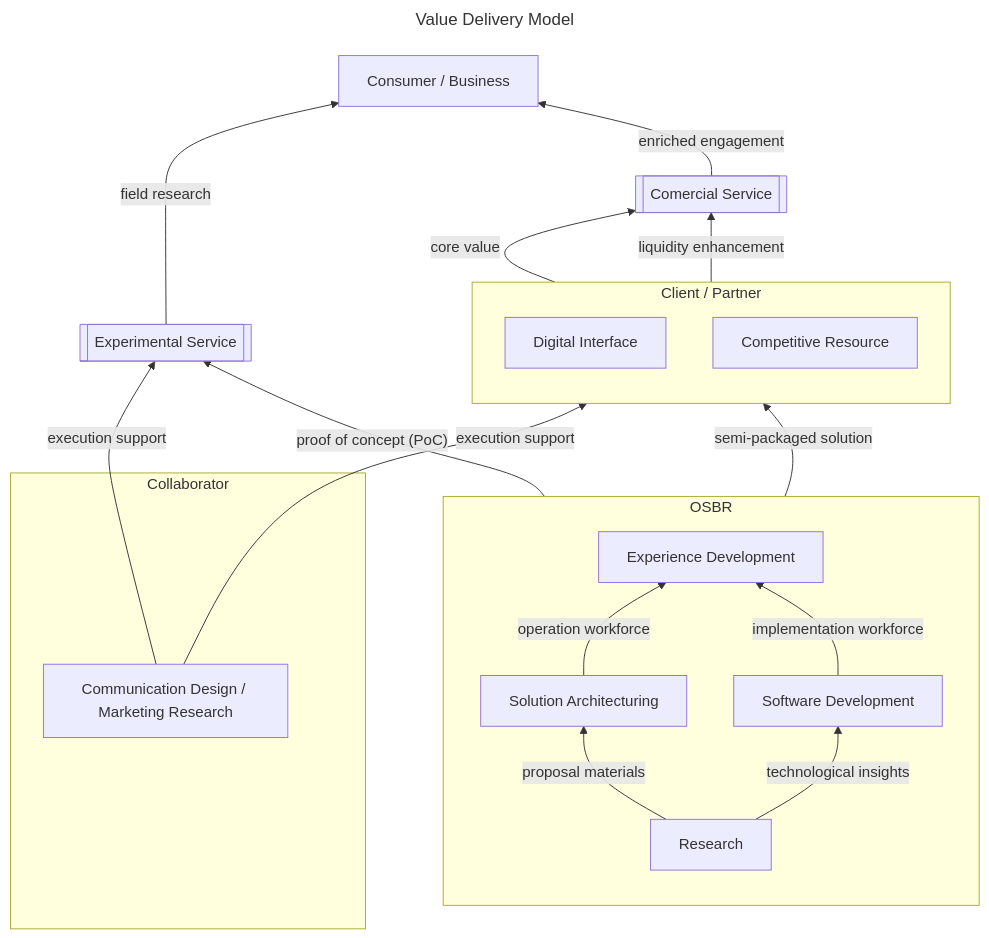
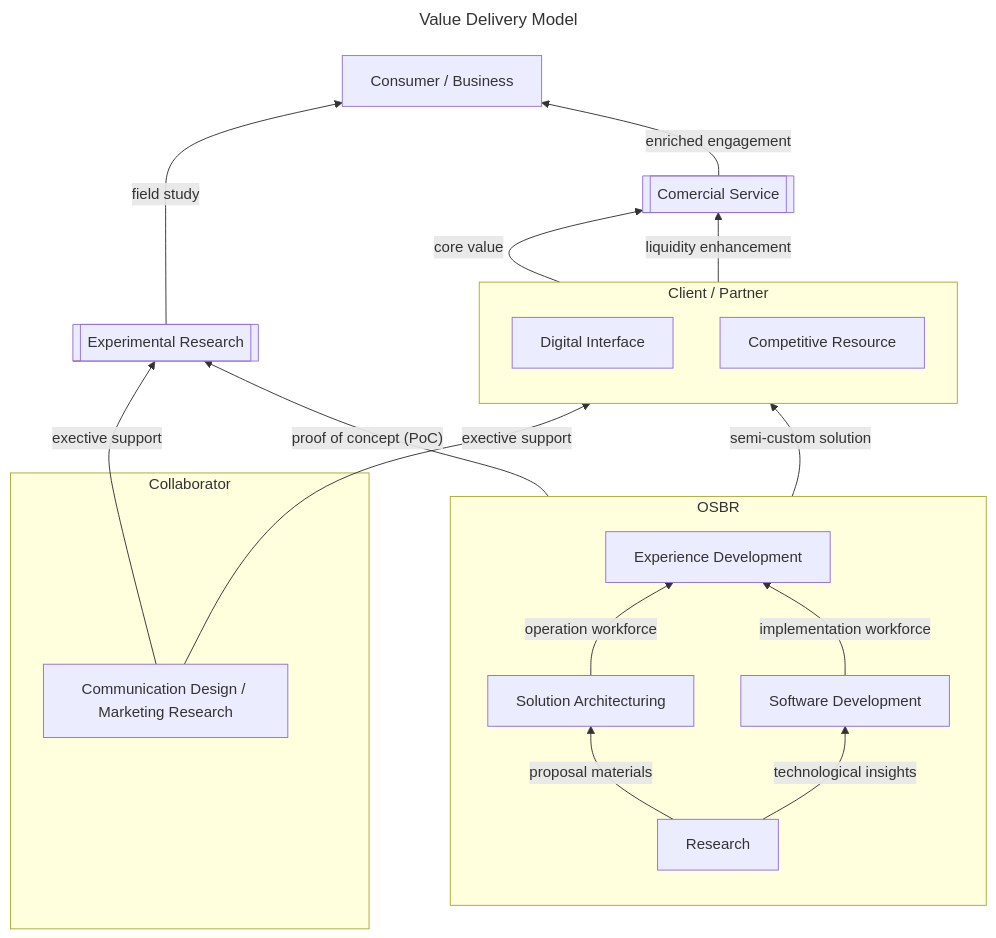
One commit to osbrjp/handbook changed the first of 5 diagrams in doc/strategy.md. Above: the diagram before and after it, drawn with Mermaid. The commit also changed other lines of this file and 2 other files, not shown here.

`````diff
--- a/doc/strategy.md
+++ b/doc/strategy.md
@@ -15,29 +15,29 @@
 ```mermaid
 ---
 title: Value Delivery Model
 ---
 graph BT;
     subgraph OSBR
       direction BT
       SA[Solution Architecturing] -- "operation workforce" --> ED[Experience Development];
       SD[Software Development] -- "implementation workforce" --> ED;
       R[Research] -- "proposal materials" --> SA;
       R[Research] -- "technological insights" --> SD;
     end
 
-    ED -- "proof of concept (PoC)" --> EFR[[Experimental Service]];
+    ED -- "proof of concept (PoC)" --> EFR[[Experimental Research]];
 
     subgraph Client / Partner
       direction BT
-      ED -- "semi-packaged solution" --> CDE[Digital Interface];
+      ED -- "semi-custom solution" --> CDE[Digital Interface];
       CCV[Competitive Resource]
     end
     subgraph Collaborator
-      CD[Communication Design / Marketing Research] --"execution support"--> CDE
+      CD[Communication Design / Marketing Research] --"exective support"--> CDE
     end
-    CD --"execution support"--> EFR
+    CD --"exective support"--> EFR
     CCV -- "core value" --> CS[[Comercial Service]];
     CDE -- "liquidity enhancement" --> CS;
-    EFR -- "field research" --> U[Consumer / Business];
+    EFR -- "field study" --> U[Consumer / Business];
     CS -- "enriched engagement" --> U;
 ````
`````
